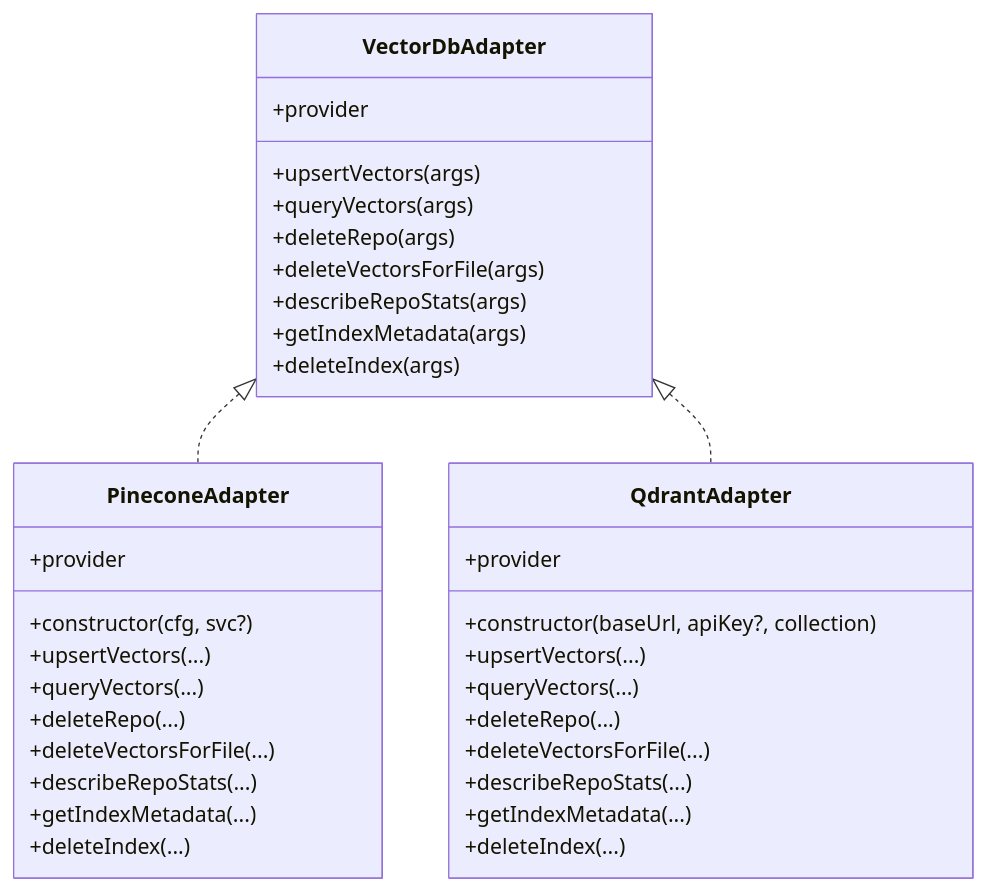
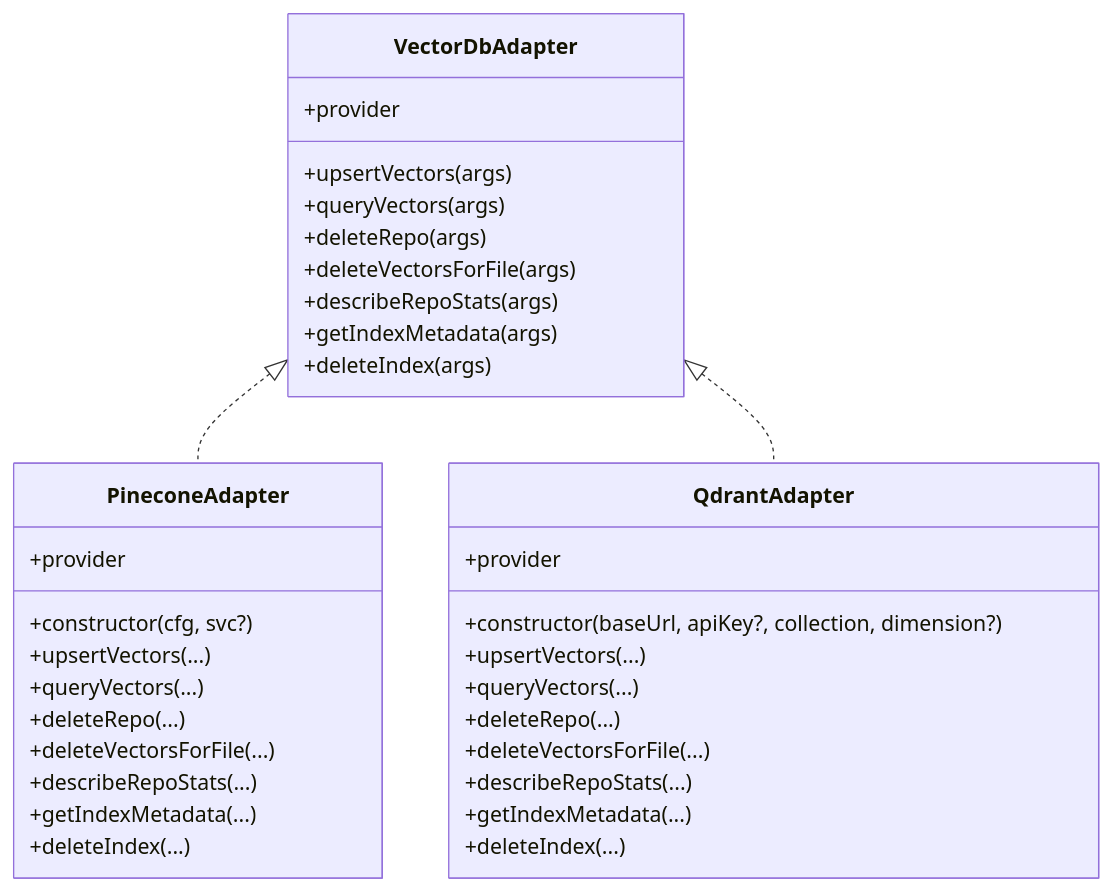
The third of 10 diagrams in .qoder/repowiki/en/content/Indexing and Search System/Vector Database Adapters.md (bramburn/repomix-runner), drawn with Mermaid before and after one commit. The commit also changed other lines of this file and 17 other files, not shown here.

````diff
--- a/.qoder/repowiki/en/content/Indexing and Search System/Vector Database Adapters.md
+++ b/.qoder/repowiki/en/content/Indexing and Search System/Vector Database Adapters.md
@@ -154,37 +166,37 @@
 ```mermaid
 classDiagram
 class VectorDbAdapter {
 +provider
 +upsertVectors(args)
 +queryVectors(args)
 +deleteRepo(args)
 +deleteVectorsForFile(args)
 +describeRepoStats(args)
 +getIndexMetadata(args)
 +deleteIndex(args)
 }
 class PineconeAdapter {
 +provider
 +constructor(cfg, svc?)
 +upsertVectors(...)
 +queryVectors(...)
 +deleteRepo(...)
 +deleteVectorsForFile(...)
 +describeRepoStats(...)
 +getIndexMetadata(...)
 +deleteIndex(...)
 }
 class QdrantAdapter {
 +provider
-+constructor(baseUrl, apiKey?, collection)
++constructor(baseUrl, apiKey?, collection, dimension?)
 +upsertVectors(...)
 +queryVectors(...)
 +deleteRepo(...)
 +deleteVectorsForFile(...)
 +describeRepoStats(...)
 +getIndexMetadata(...)
 +deleteIndex(...)
 }
 VectorDbAdapter <|.. PineconeAdapter
 VectorDbAdapter <|.. QdrantAdapter
 ```
````
